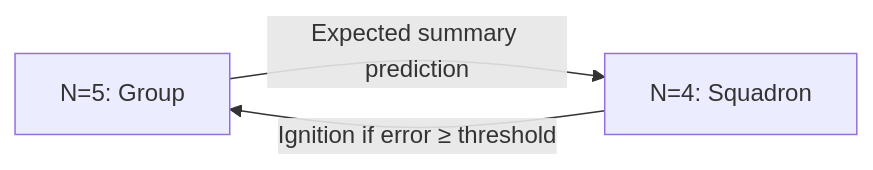
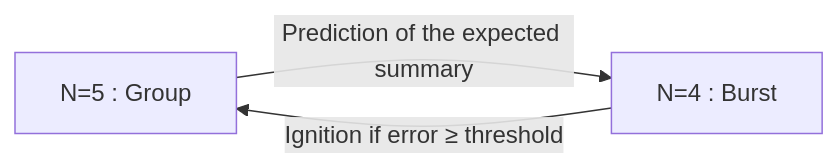
One commit to AlainCo/GNWT-Garrigue-X-en changed the second of 8 diagrams in architecture/architecture.md. Above: the diagram before and after it, drawn with Mermaid. The commit also changed other lines of this file and 22 other files, not shown here.

````diff
--- a/architecture/architecture.md
+++ b/architecture/architecture.md
@@ -24,5 +25,5 @@
 ```mermaid
 flowchart LR
-    N5["N=5: Group"] -->|"Expected summary prediction"| N4["N=4: Squadron"]
+    N5["N=5 : Group"] -->|"Prediction of the expected summary"| N4["N=4 : Burst"]
     N4 -->|"Ignition if error ≥ threshold"| N5
 ```
````
